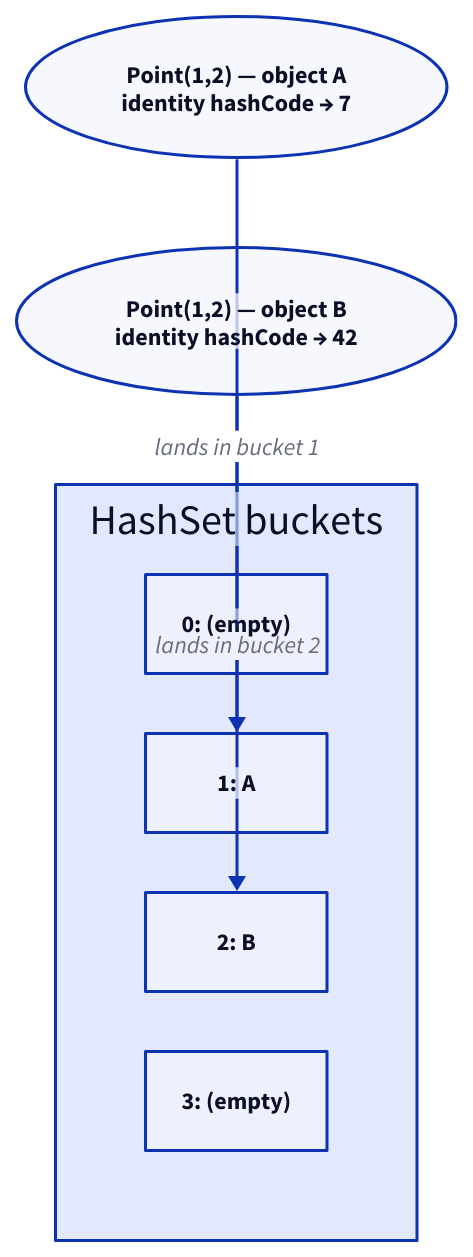
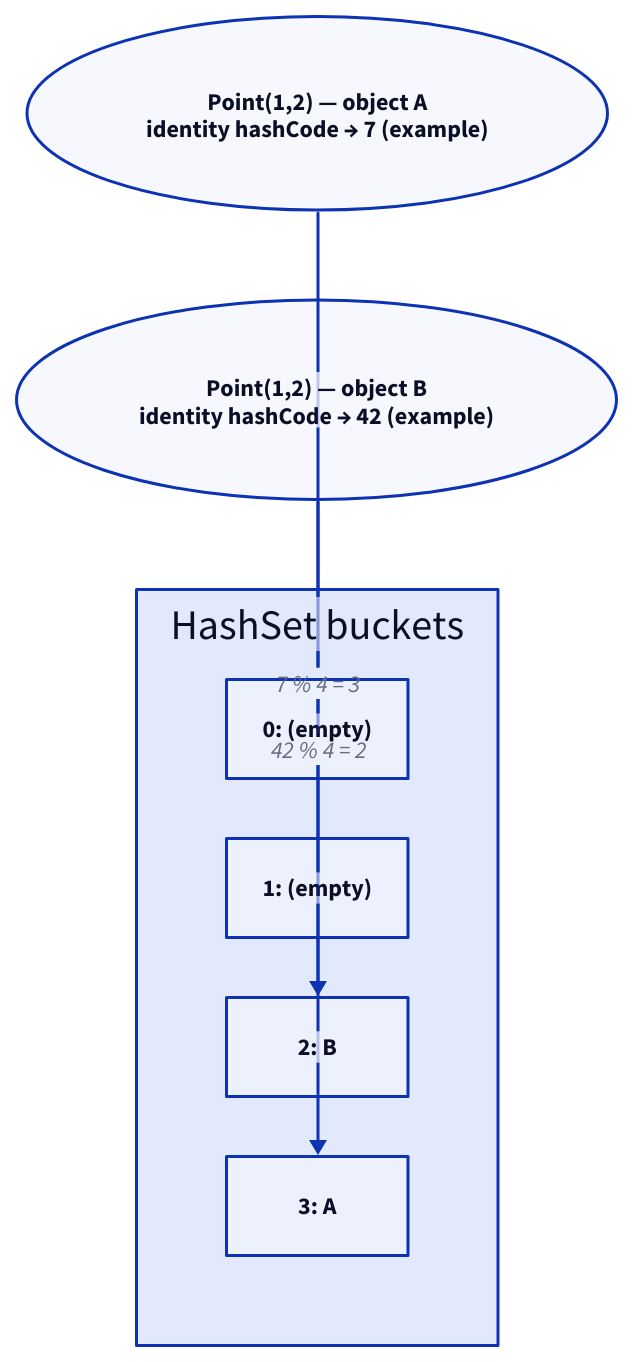
The diagram in 04-core-libraries/04-equals-and-hashcode.md (ani2fun/java-guide), drawn with D2 before and after one commit. The commit also changed other lines of this file and 5 other files, not shown here.

````diff
--- a/04-core-libraries/04-equals-and-hashcode.md
+++ b/04-core-libraries/04-equals-and-hashcode.md
@@ -173,20 +274,20 @@
 ```d2
 direction: right
 
-p1: "Point(1,2) — object A\nidentity hashCode → 7" {
+p1: "Point(1,2) — object A\nidentity hashCode → 7 (example)" {
   shape: oval
 }
-p2: "Point(1,2) — object B\nidentity hashCode → 42" {
+p2: "Point(1,2) — object B\nidentity hashCode → 42 (example)" {
   shape: oval
 }
 buckets: "HashSet buckets" {
   grid-rows: 4
   b0: "0:  (empty)"
-  b1: "1:  A"
+  b1: "1:  (empty)"
   b2: "2:  B"
-  b3: "3:  (empty)"
+  b3: "3:  A"
 }
 
-p1 -> buckets.b1: "lands in bucket 1"
-p2 -> buckets.b2: "lands in bucket 2"
+p1 -> buckets.b3: "7 % 4 = 3"
+p2 -> buckets.b2: "42 % 4 = 2"
 ```
````
